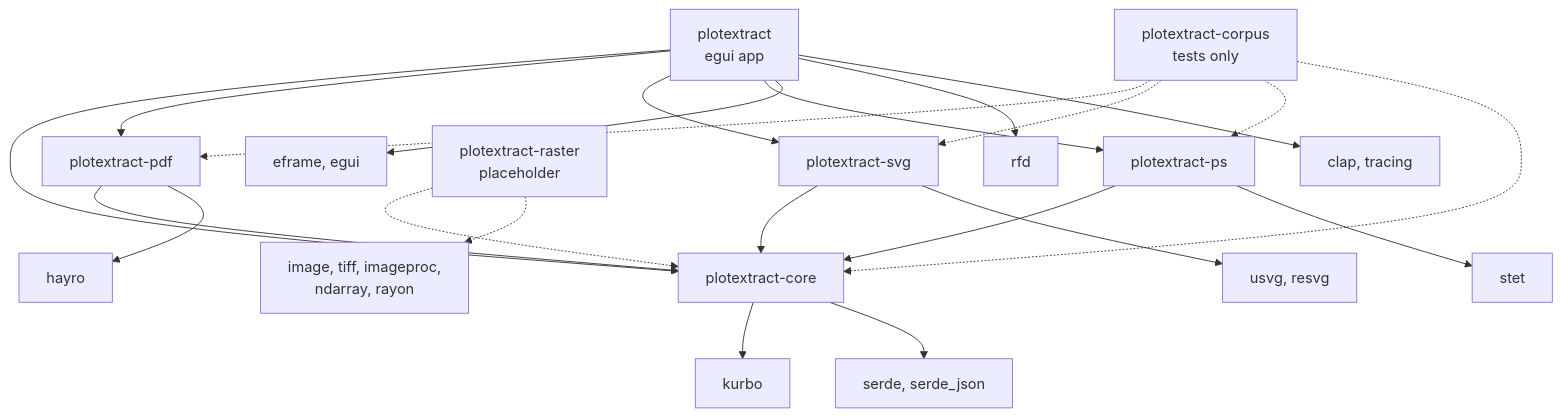
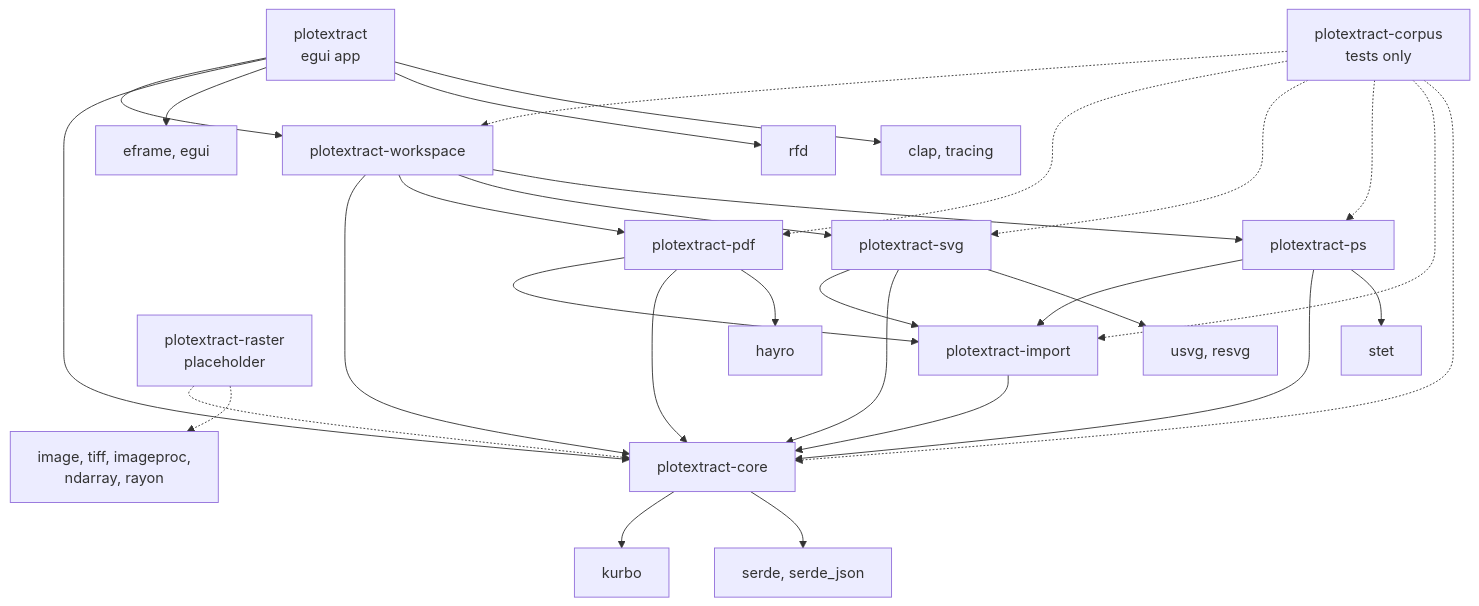
Before and after one commit to rajatmo/plotextract: the second of 2 diagrams in README.md, drawn with Mermaid. The commit also changed other lines of this file and 47 other files, not shown here.

````diff
--- a/README.md
+++ b/README.md
@@ -106,25 +158,33 @@
 ```mermaid
 flowchart TD
-    app["plotextract<br/>egui app"] --> core
-    app --> pdf["plotextract-pdf"]
-    app --> svg["plotextract-svg"]
-    app --> ps["plotextract-ps"]
-    pdf --> core["plotextract-core"]
+    app["plotextract<br/>egui app"] --> ws["plotextract-workspace"]
+    ws --> core["plotextract-core"]
+    ws --> pdf["plotextract-pdf"]
+    ws --> svg["plotextract-svg"]
+    ws --> ps["plotextract-ps"]
+    pdf --> imp["plotextract-import"]
+    svg --> imp
+    ps --> imp
+    pdf --> core
     svg --> core
     ps --> core
+    imp --> core
+    app --> core
     raster["plotextract-raster<br/>placeholder"] -.-> core
-    corpus["plotextract-corpus<br/>tests only"] -.-> pdf
+    corpus["plotextract-corpus<br/>tests only"] -.-> ws
+    corpus -.-> pdf
     corpus -.-> svg
     corpus -.-> ps
+    corpus -.-> imp
     corpus -.-> core
 
     core --> kurbo["kurbo"]
     core --> serde["serde, serde_json"]
     pdf --> hayro["hayro"]
     svg --> usvg["usvg, resvg"]
     ps --> stet["stet"]
     app --> egui["eframe, egui"]
     app --> rfd["rfd"]
     app --> clap["clap, tracing"]
     raster -.-> imgs["image, tiff, imageproc,<br/>ndarray, rayon"]
 ```
````
